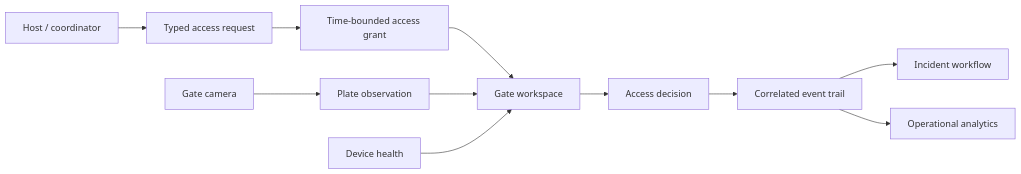
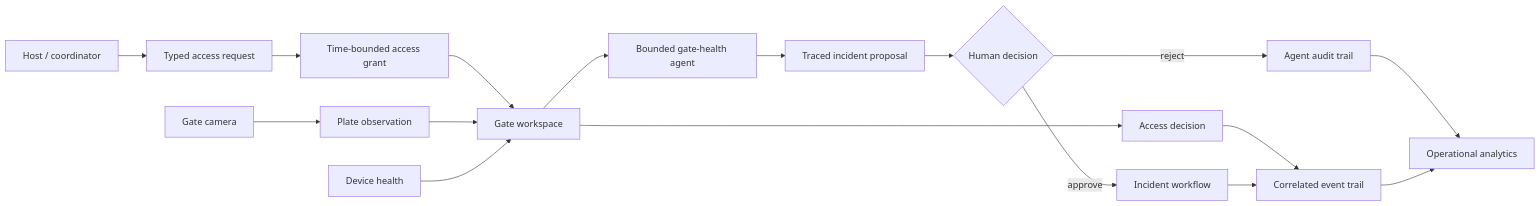
One commit to Mohemed-Amine-Chalhy/number-plate-recognition changed the diagram in docs/platform/product-overview.md. Above: the diagram before and after it, drawn with Mermaid. The commit also changed other lines of this file and 18 other files, not shown here.

Commit message:
docs(agentic): document architecture and operating boundaries

````diff
--- a/docs/platform/product-overview.md
+++ b/docs/platform/product-overview.md
@@ -29,13 +30,19 @@
 ```mermaid
 flowchart LR
     Host[Host / coordinator] --> Request[Typed access request]
     Request --> Grant[Time-bounded access grant]
     Camera[Gate camera] --> Observation[Plate observation]
     Grant --> Review[Gate workspace]
     Observation --> Review
     Health[Device health] --> Review
+    Review --> Agent[Bounded gate-health agent]
+    Agent --> Proposal[Traced incident proposal]
+    Proposal --> Human{Human decision}
+    Human -->|approve| Incident
+    Human -->|reject| Audit[Agent audit trail]
     Review --> Decision[Access decision]
     Decision --> Event[Correlated event trail]
-    Event --> Incident[Incident workflow]
+    Incident[Incident workflow] --> Event
+    Audit --> Analytics
     Event --> Analytics[Operational analytics]
 ```
````
